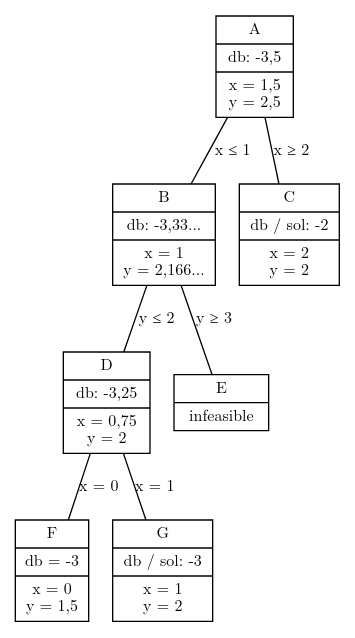
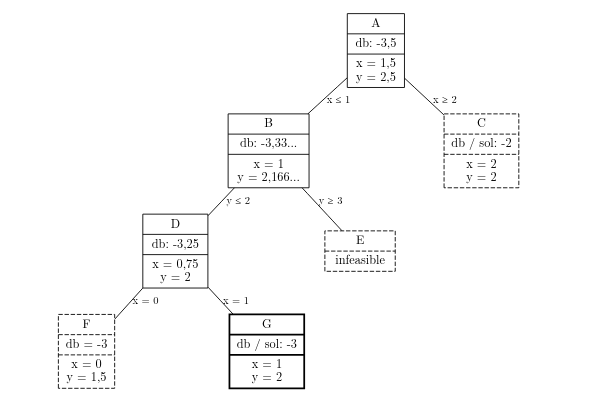
Before and after one commit to nskowron/Uni: the diagram in Erasmus/LIP/Assignment/assignment.qmd, drawn with Graphviz. The commit also changed other lines of this file and 1 other file, not shown here.

````diff
--- a/Erasmus/LIP/Assignment/assignment.qmd
+++ b/Erasmus/LIP/Assignment/assignment.qmd
@@ -570,21 +561,26 @@
 ```{dot}
 digraph {
-    node [shape=record, fontname="Latin Modern Roman" ,fontsize=12]
+    size="6,4";
+    ratio=fill;
+    nodesep=0.05;
+    ranksep=0.05;
+
+    node [shape=record, fontname="Latin Modern Roman" ,fontsize=14]
     edge [arrowhead=none, fontname="Latin Modern Roman", fontsize=12]
 
     A [label="{A | db: -3,5 | x = 1,5 \n y = 2,5}"]
     B [label="{B | db: -3,33... | x = 1 \n y = 2,166...}"]
-    C [label="{C | db / sol: -2 | x = 2 \n y = 2}"]
+    C [label="{C | db / sol: -2 | x = 2 \n y = 2}", style=dashed]
     D [label="{D | db: -3,25 | x = 0,75 \n y = 2}"]
-    E [label="{E | infeasible}"]
-    F [label="{F | db = -3 | x = 0 \n y = 1,5}"]
-    G [label="{G | db / sol: -3 | x = 1 \n y = 2}"]
+    E [label="{E | infeasible}", style=dashed]
+    F [label="{F | db = -3 | x = 0 \n y = 1,5}", style=dashed]
+    G [label="{G | db / sol: -3 | x = 1 \n y = 2}", style=bold]
 
     A -> B [label="x ≤ 1"]
     A -> C [label="x ≥ 2"]
     B -> D [label="y ≤ 2"]
     B -> E [label="y ≥ 3"]
     D -> F [label="x = 0"]
     D -> G [label="x = 1"]
 }
 ```
````
